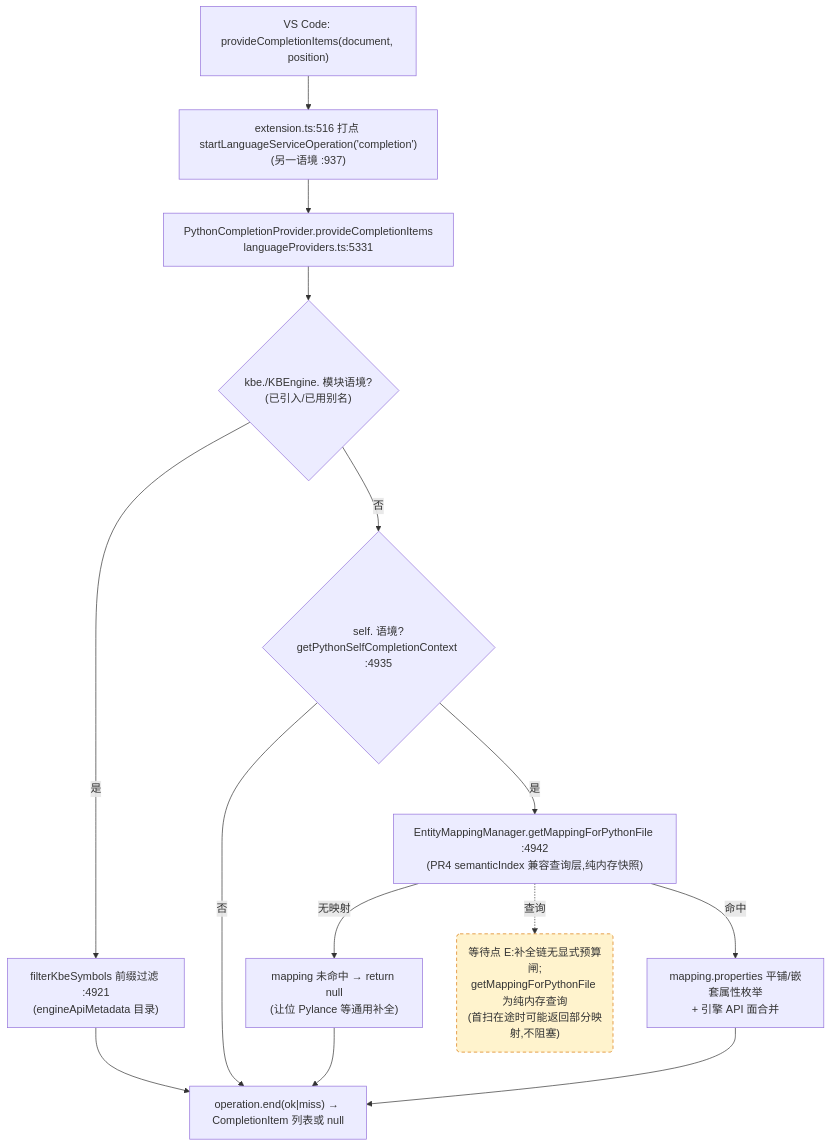
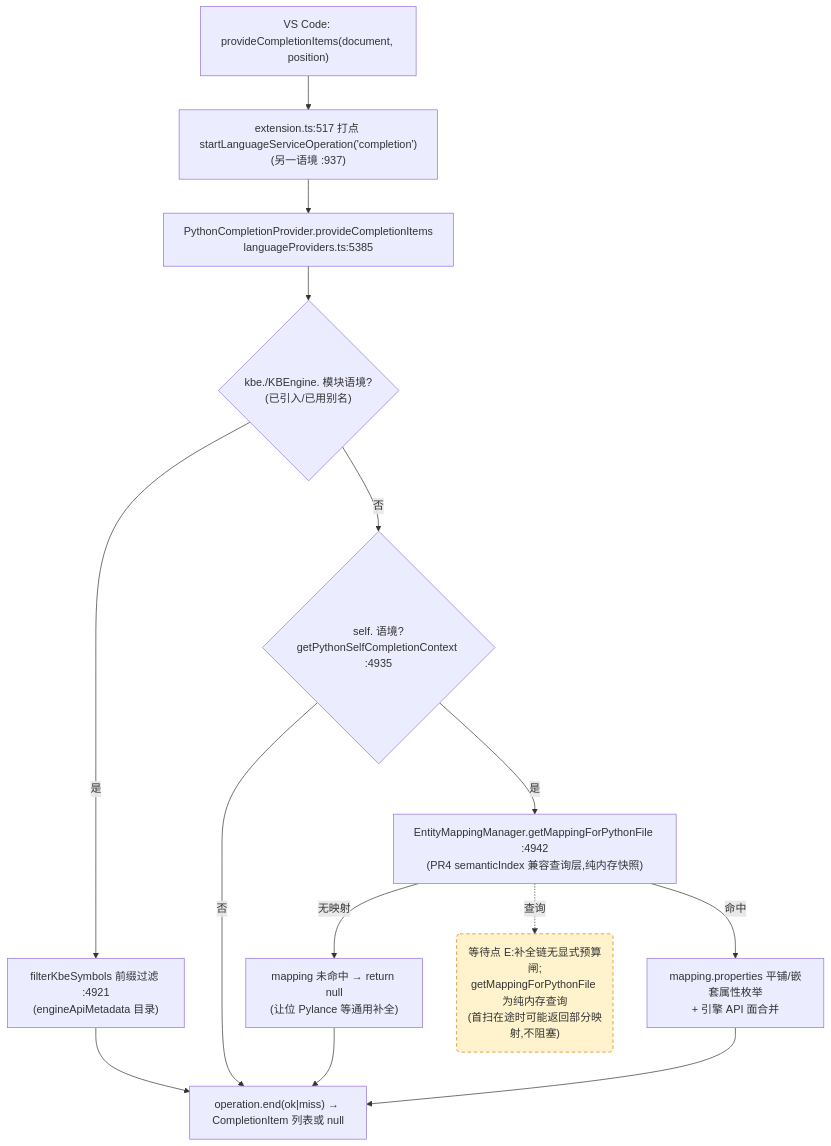
The third of 4 diagrams in docs/perf/2026-baseline.md (cuihairu/kode), drawn with Mermaid before and after one commit. The commit also changed other lines of this file and 9 other files, not shown here.

````diff
--- a/docs/perf/2026-baseline.md
+++ b/docs/perf/2026-baseline.md
@@ -184,27 +184,27 @@
 ```mermaid
 flowchart TD
   VC3["VS Code: provideCompletionItems(document, position)"]
-  M3["extension.ts:516 打点 startLanguageServiceOperation('completion')<br/>(另一语境 :937)"]
-  CP["PythonCompletionProvider.provideCompletionItems<br/>languageProviders.ts:5331"]
+  M3["extension.ts:517 打点 startLanguageServiceOperation('completion')<br/>(另一语境 :937)"]
+  CP["PythonCompletionProvider.provideCompletionItems<br/>languageProviders.ts:5385"]
   KBEC{"kbe./KBEngine. 模块语境?<br/>(已引入/已用别名)"}
   FILTER["filterKbeSymbols 前缀过滤 :4921<br/>(engineApiMetadata 目录)"]
   SELFC{"self. 语境?<br/>getPythonSelfCompletionContext :4935"}
   MAP["EntityMappingManager.getMappingForPythonFile :4942<br/>(PR4 semanticIndex 兼容查询层,纯内存快照)"]
   NOMAP["mapping 未命中 → return null<br/>(让位 Pylance 等通用补全)"]
   PROPS["mapping.properties 平铺/嵌套属性枚举<br/>+ 引擎 API 面合并"]
   END3["operation.end(ok|miss) → CompletionItem 列表或 null"]
 
   VC3 --> M3 --> CP --> KBEC
   KBEC -- "是" --> FILTER --> END3
   KBEC -- "否" --> SELFC
   SELFC -- "否" --> END3
   SELFC -- "是" --> MAP
   MAP -- "无映射" --> NOMAP --> END3
   MAP -- "命中" --> PROPS --> END3
 
   WAITE("等待点 E:补全链无显式预算闸;<br/>getMappingForPythonFile 为纯内存查询<br/>(首扫在途时可能返回部分映射,不阻塞)")
   MAP -.->|查询| WAITE
 
   classDef waitPoint fill:#fff3cd,stroke:#d97706,stroke-dasharray:5 4;
   class WAITE waitPoint;
 ```
````
